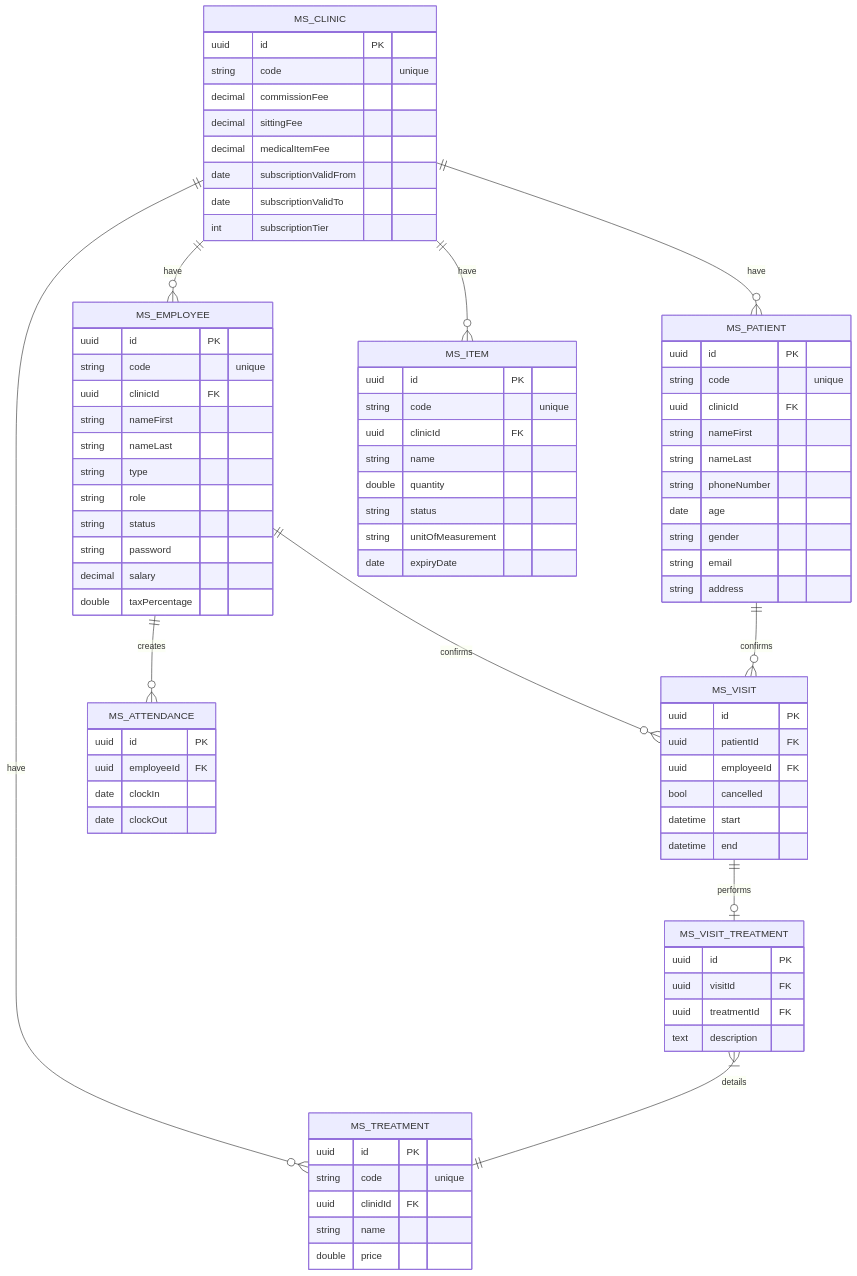
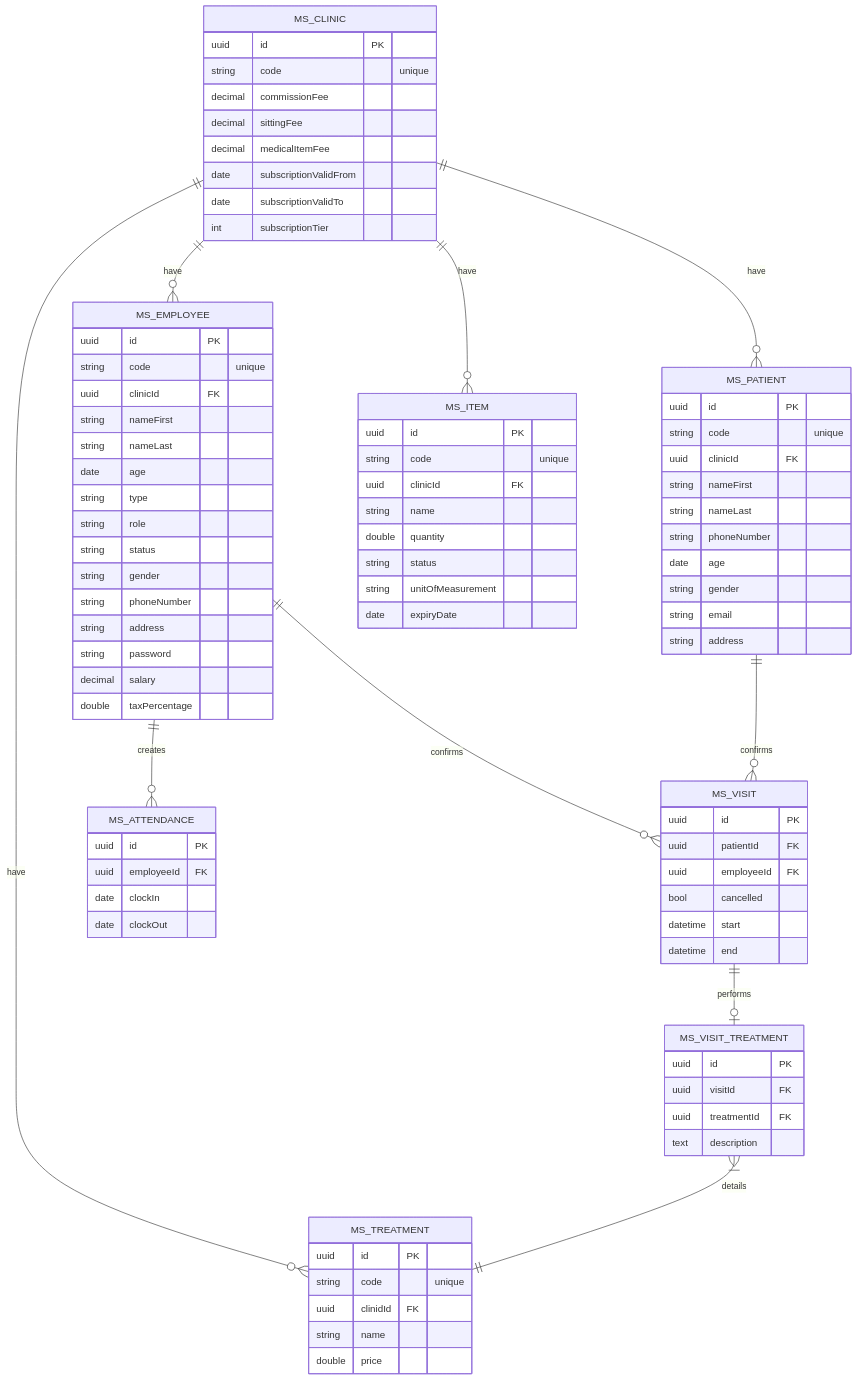
Before and after one commit to acemint/x-admin-backend: the diagram in docs/erd.md, drawn with Mermaid.

Commit message:
Update erd.md
update employee table for registration information

```diff
--- a/docs/erd.md
+++ b/docs/erd.md
@@ -26,9 +26,13 @@
         uuid clinicId FK
         string nameFirst
         string nameLast
+        date age
         string type
         string role
         string status
+        string gender
+        string phoneNumber
+        string address
         string password
         decimal salary
         double taxPercentage
```
